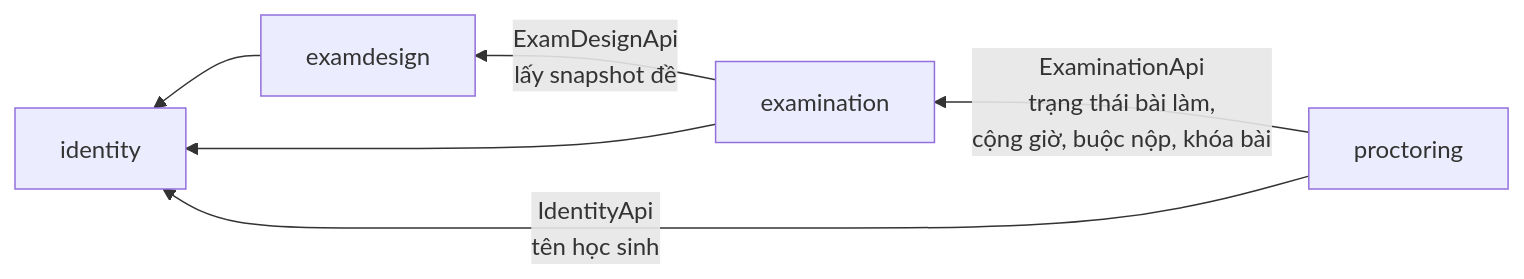
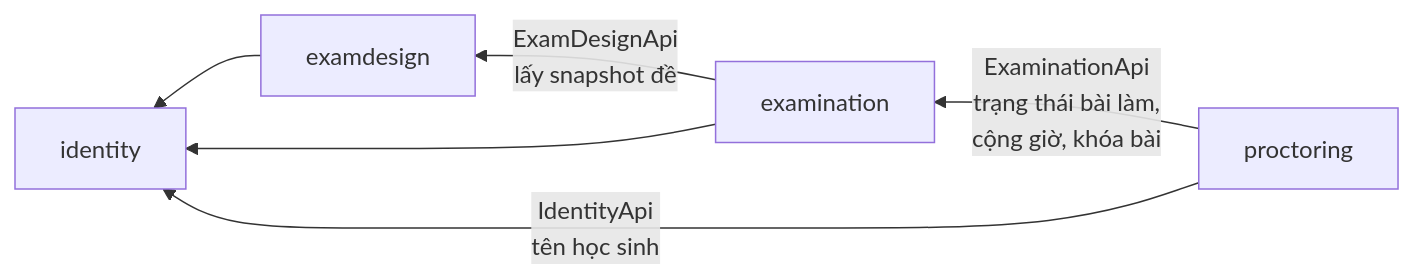
The second of 3 diagrams in README.md (zindo511/Exam-Practice), drawn with Mermaid before and after one commit. The commit also changed other lines of this file and 22 other files, not shown here.

First line of the commit message:
Thêm ExaminationApi cho module giám sát; cộng giờ được vượt giờ đóng kỳ thi

````diff
--- a/README.md
+++ b/README.md
@@ -199,8 +199,8 @@
 ```mermaid
 flowchart RL
-    PR["proctoring"] -->|"ExaminationApi<br/>trạng thái bài làm,<br/>cộng giờ, buộc nộp, khóa bài"| EX["examination"]
+    PR["proctoring"] -->|"ExaminationApi<br/>trạng thái bài làm,<br/>cộng giờ, khóa bài"| EX["examination"]
     EX -->|"ExamDesignApi<br/>lấy snapshot đề"| ED["examdesign"]
     ED --> ID["identity"]
     EX --> ID
     PR -->|"IdentityApi<br/>tên học sinh"| ID
 ```
````
